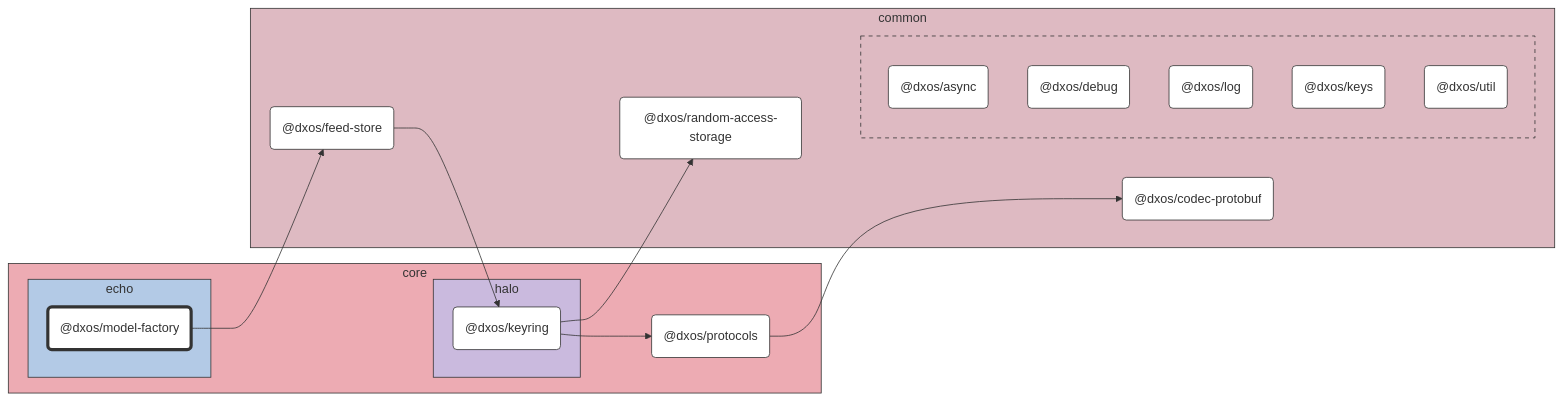
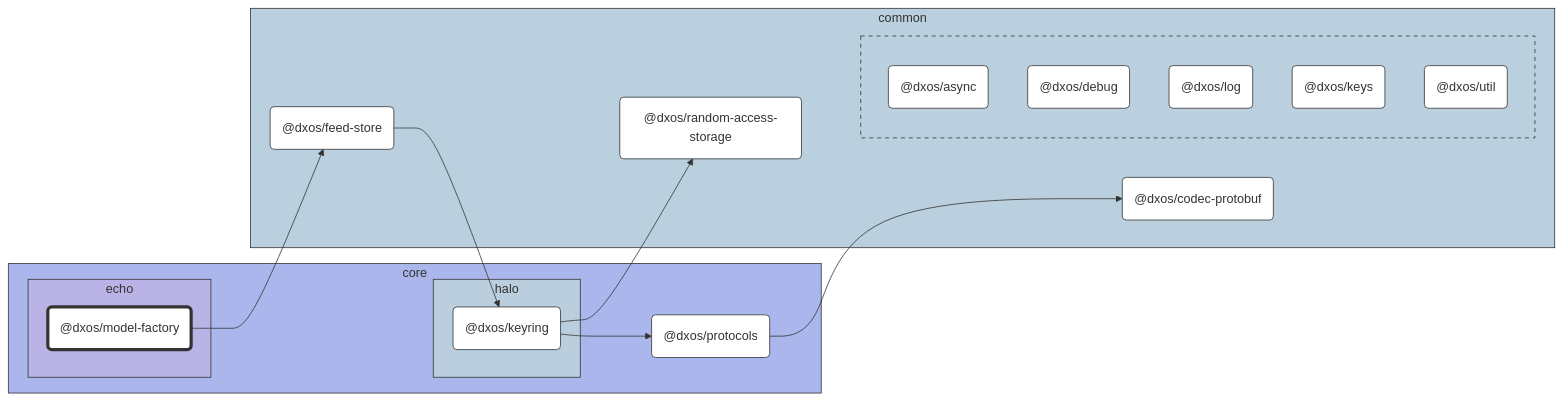
Before and after one commit to dxos/dxos: the diagram in packages/core/echo/model-factory/docs/README.md, drawn with Mermaid. The commit also changed 86 other files, not shown here.

````diff
--- a/packages/core/echo/model-factory/docs/README.md
+++ b/packages/core/echo/model-factory/docs/README.md
@@ -7,61 +7,61 @@
 ```mermaid
 %%{ init: {'flowchart':{'curve':'basis'}} }%%
 
 flowchart LR
 
 %% Classes
 classDef def fill:#fff,stroke:#333,stroke-width:1px
 classDef root fill:#fff,stroke:#333,stroke-width:4px
 
 %% Nodes
 
 subgraph core [core]
-  style core fill:#edabb3,stroke:#333
+  style core fill:#abb6ed,stroke:#333
   dxos/protocols("@dxos/protocols"):::def
   click dxos/protocols "dxos/dxos/tree/main/packages/core/protocols/docs"
 
   subgraph echo [echo]
-    style echo fill:#b3cae6,stroke:#333
+    style echo fill:#b9b3e6,stroke:#333
     dxos/model-factory("@dxos/model-factory"):::root
     click dxos/model-factory "dxos/dxos/tree/main/packages/core/echo/model-factory/docs"
   end
 
   subgraph halo [halo]
-    style halo fill:#cabade,stroke:#333
+    style halo fill:#bacede,stroke:#333
     dxos/keyring("@dxos/keyring"):::def
     click dxos/keyring "dxos/dxos/tree/main/packages/core/halo/keyring/docs"
   end
 end
 
 subgraph common [common]
-  style common fill:#debac2,stroke:#333
+  style common fill:#bad0de,stroke:#333
   dxos/codec-protobuf("@dxos/codec-protobuf"):::def
   click dxos/codec-protobuf "dxos/dxos/tree/main/packages/common/codec-protobuf/docs"
   dxos/feed-store("@dxos/feed-store"):::def
   click dxos/feed-store "dxos/dxos/tree/main/packages/common/feed-store/docs"
   dxos/random-access-storage("@dxos/random-access-storage"):::def
   click dxos/random-access-storage "dxos/dxos/tree/main/packages/common/random-access-storage/docs"
 
   subgraph _ [ ]
-    style _ fill:#debac2,stroke:#333,stroke-dasharray:5 5
+    style _ fill:#bad0de,stroke:#333,stroke-dasharray:5 5
     dxos/async("@dxos/async"):::def
     click dxos/async "dxos/dxos/tree/main/packages/common/async/docs"
     dxos/debug("@dxos/debug"):::def
     click dxos/debug "dxos/dxos/tree/main/packages/common/debug/docs"
     dxos/log("@dxos/log"):::def
     click dxos/log "dxos/dxos/tree/main/packages/common/log/docs"
     dxos/keys("@dxos/keys"):::def
     click dxos/keys "dxos/dxos/tree/main/packages/common/keys/docs"
     dxos/util("@dxos/util"):::def
     click dxos/util "dxos/dxos/tree/main/packages/common/util/docs"
   end
 end
 
 %% Links
 linkStyle default stroke:#333,stroke-width:1px
 dxos/model-factory --> dxos/feed-store
 dxos/feed-store --> dxos/keyring
 dxos/keyring --> dxos/protocols
 dxos/protocols --> dxos/codec-protobuf
 dxos/keyring --> dxos/random-access-storage
 ```
````
